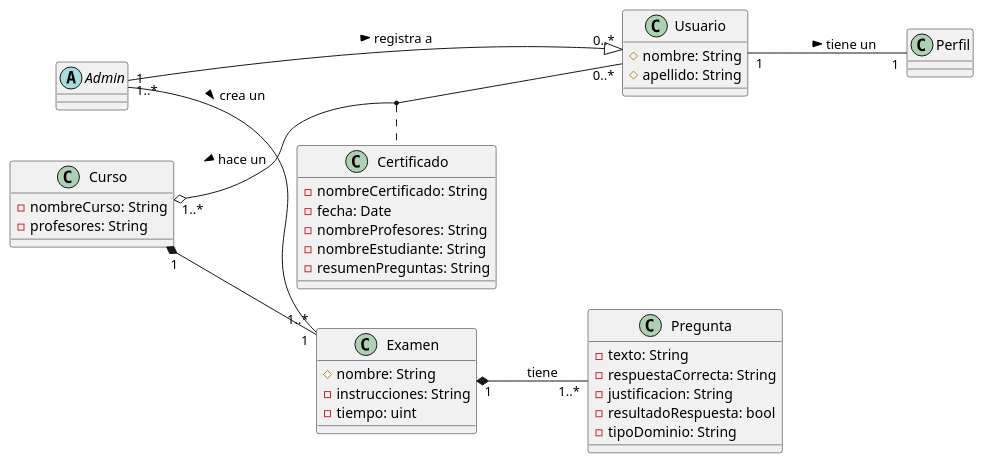
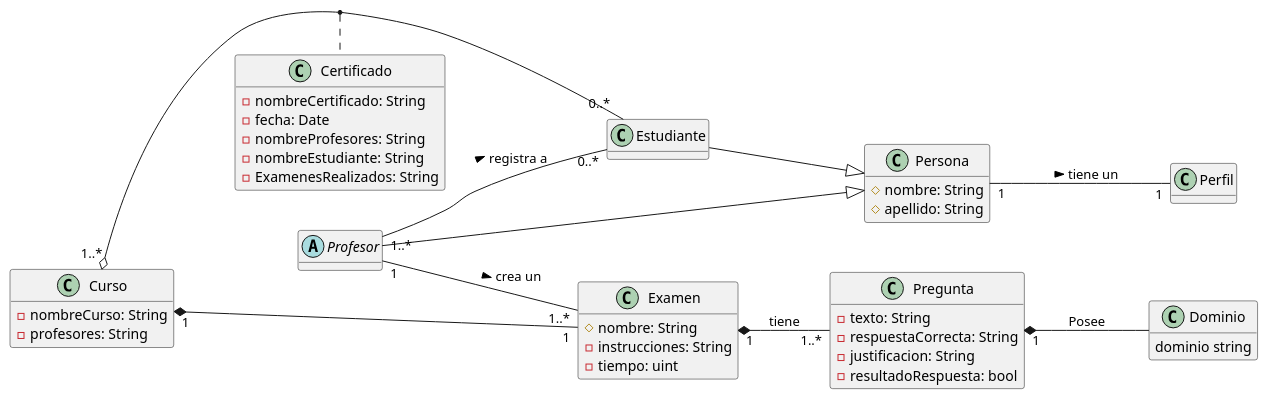
Before and after one commit to Carverz/IS-022023_Proyecto-Grupo-4: the diagram in docs/scenariosView/DiagramaClases.plantuml, drawn with PlantUML. The commit also changed 1 other file, not shown here.

Commit message:
Arreglos diagrama de Clases

```diff
--- a/docs/scenariosView/DiagramaClases.plantuml
+++ b/docs/scenariosView/DiagramaClases.plantuml
@@ -1,53 +1,65 @@
 @startuml Class
 left to right direction
 skinparam Nodesep 40
 skinparam boxsize 100 50
+skinparam noteBackgroundColor transparent
+skinparam noteBorderColor transparent
+hide methods
 
-class Usuario {
+class Persona{
   # nombre: String
   # apellido: String
+}
+
+class Estudiante {
+
 }
 
 class Perfil{
 }
 
-abstract Admin {
+abstract Profesor {
 }
 
 class Examen {
   # nombre: String
   - instrucciones: String
   - tiempo: uint
 }
 
 class Pregunta {
   - texto: String
   - respuestaCorrecta: String
   - justificacion: String
   - resultadoRespuesta: bool
-  - tipoDominio: String
 }
 
 class Certificado {
   - nombreCertificado: String
   - fecha: Date
   - nombreProfesores: String
   - nombreEstudiante: String
-  - resumenPreguntas: String
+  - ExamenesRealizados: String
 }
 
 class Curso{
   - nombreCurso: String
   - profesores: String
 }
 
+class Dominio{
+  dominio string 
+}
 
-Curso "1..*" o-- "0..*" Usuario : hace un <
+Profesor --|> Persona
+Estudiante --|> Persona
+Curso "1..*" o-- "0..*" Estudiante
 Curso "1" *-- "1" Examen
-Usuario "1" -- "1" Perfil : tiene un >
-Admin "1" -- "1..*" Examen : crea un >
+Persona "1" -- "1" Perfil : tiene un >
+Profesor "1" -- "1..*" Examen : crea un >
 Examen "1" *-- "1..*" Pregunta : tiene
-Admin "1..*" --|> "0..*" Usuario : registra a > 
-(Curso,Usuario) . Certificado
+Profesor "1..*" -- "0..*" Estudiante : registra a > 
+Pregunta "1" *-- Dominio: Posee
+(Curso,Estudiante) . Certificado
 
 @enduml
```
